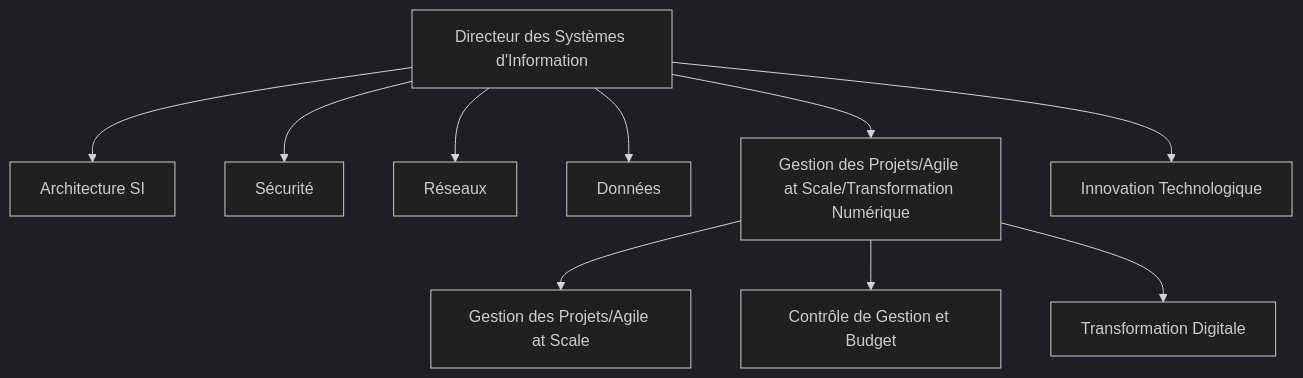
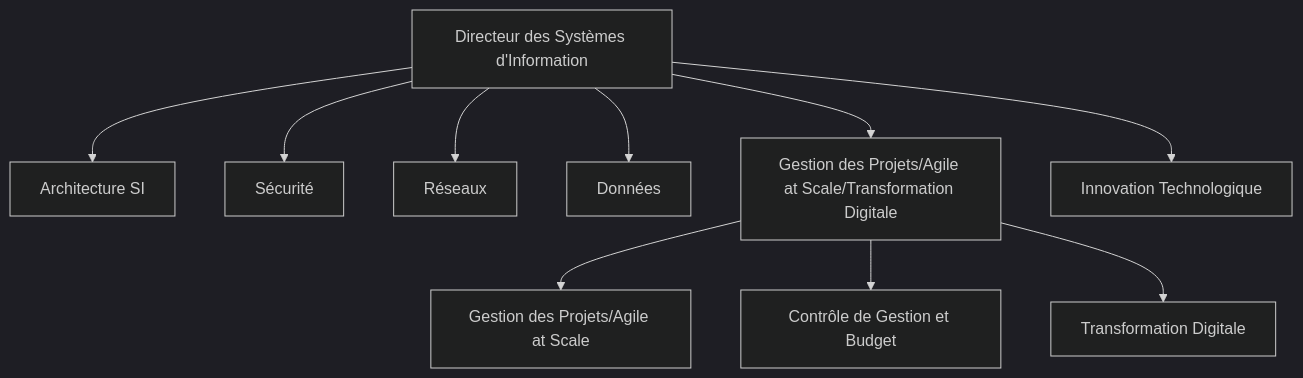
One commit to sanogotech/preparationCertificationCCNA changed the first of 6 diagrams in MetiersArchitectesSI/SchemaArchitectureSystemeInformation.md. Above: the diagram before and after it, drawn with Mermaid (dark theme). The commit also changed other lines of this file, not shown here.

````diff
--- a/MetiersArchitectesSI/SchemaArchitectureSystemeInformation.md
+++ b/MetiersArchitectesSI/SchemaArchitectureSystemeInformation.md
@@ -44,16 +36,16 @@
 ```mermaid
 graph TD
     A[Directeur des Systèmes d'Information] --> B[Architecture SI]
     A --> C[Sécurité]
     A --> D[Réseaux]
     A --> F[Données]
-    A --> G[Gestion des Projets/Agile at Scale/Transformation Numérique]
+    A --> G[Gestion des Projets/Agile at Scale/Transformation Digitale]
     
-    %% Gestion des Projets/Agile at Scale/Transformation Numérique
+    %% Gestion des Projets/Agile at Scale/Transformation Digitale
     G --> I[Gestion des Projets/Agile at Scale]
     G --> J[Contrôle de Gestion et Budget]
     G --> K[Transformation Digitale]
 
     %% Innovation Technologique
     A --> H[Innovation Technologique]
 ```
````
